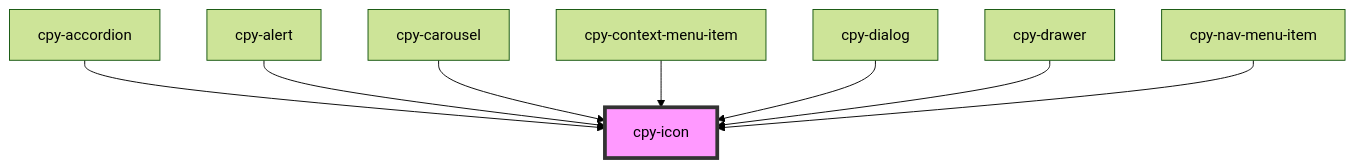
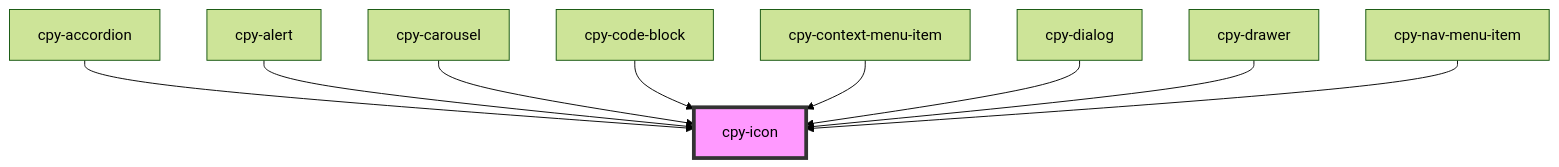
The diagram in stencil-lib/src/components/icon/readme.md (Lith1um/Canopy-Stencil), drawn with Mermaid (forest theme) before and after one commit. The commit also changed other lines of this file and 8 other files, not shown here.

````diff
--- a/stencil-lib/src/components/icon/readme.md
+++ b/stencil-lib/src/components/icon/readme.md
@@ -21,11 +22,12 @@
 ```mermaid
 graph TD;
   cpy-accordion --> cpy-icon
   cpy-alert --> cpy-icon
   cpy-carousel --> cpy-icon
+  cpy-code-block --> cpy-icon
   cpy-context-menu-item --> cpy-icon
   cpy-dialog --> cpy-icon
   cpy-drawer --> cpy-icon
   cpy-nav-menu-item --> cpy-icon
   style cpy-icon fill:#f9f,stroke:#333,stroke-width:4px
 ```
````
